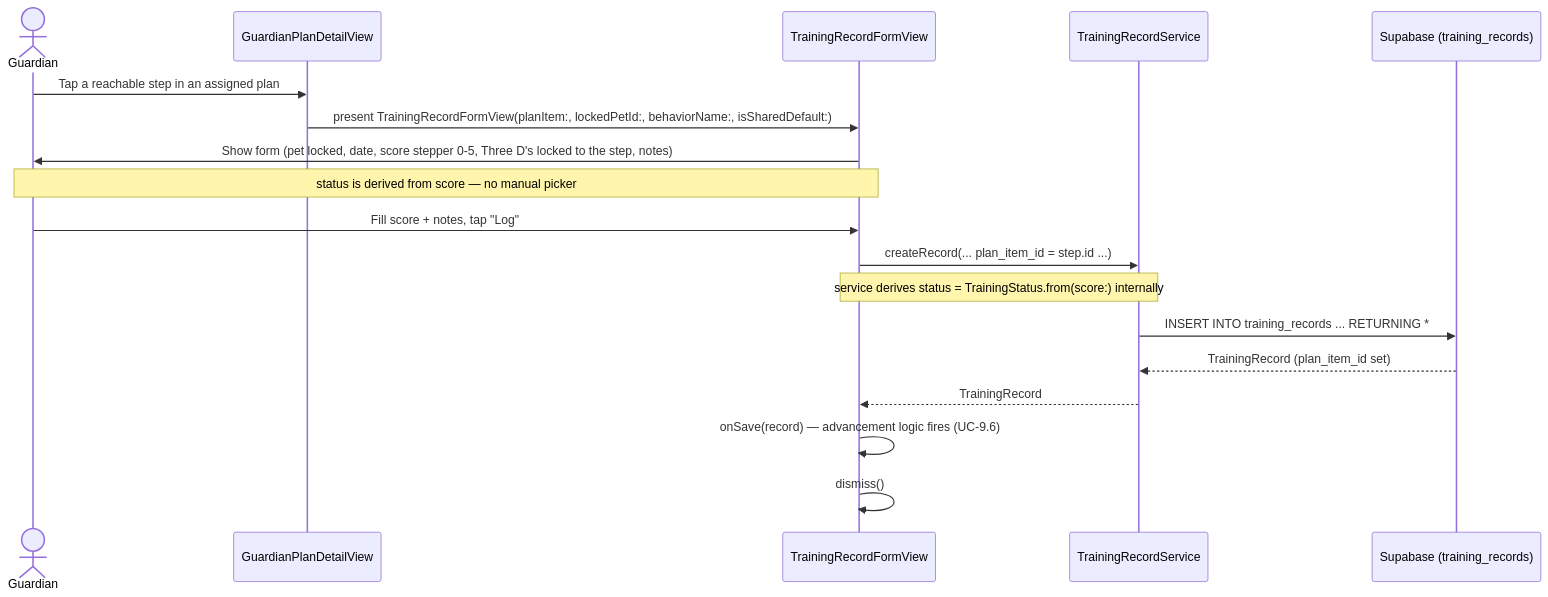
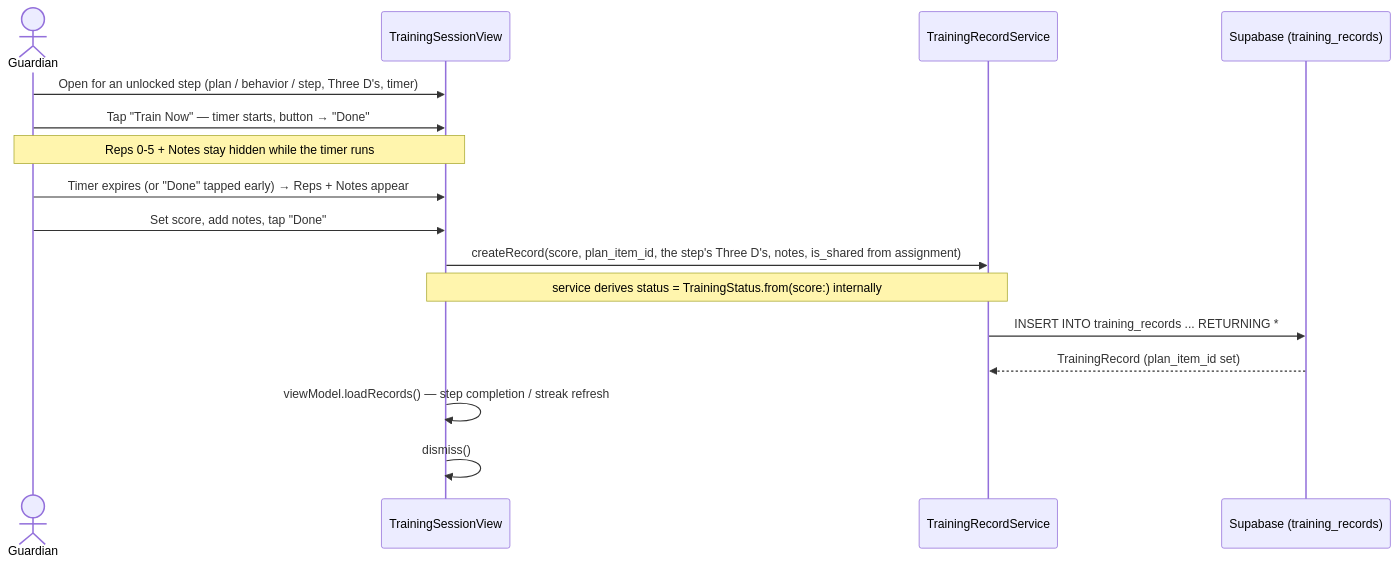
One commit to markculley/HoundHabit changed the first of 5 diagrams in docs/use_cases/log_training.md. Above: the diagram before and after it, drawn with Mermaid. The commit also changed other lines of this file and 10 other files, not shown here.

````diff
--- a/docs/use_cases/log_training.md
+++ b/docs/use_cases/log_training.md
@@ -7,22 +7,19 @@
 ```mermaid
 sequenceDiagram
     actor G as Guardian
-    participant PD as GuardianPlanDetailView
-    participant UI as TrainingRecordFormView
+    participant TSV as TrainingSessionView
     participant SVC as TrainingRecordService
     participant DB as Supabase (training_records)
 
-    G->>PD: Tap a reachable step in an assigned plan
-    PD->>UI: present TrainingRecordFormView(planItem:, lockedPetId:, behaviorName:, isSharedDefault:)
-    UI->>G: Show form (pet locked, date, score stepper 0-5, Three D's locked to the step, notes)
-    note over UI,G: status is derived from score — no manual picker
-
-    G->>UI: Fill score + notes, tap "Log"
-    UI->>SVC: createRecord(... plan_item_id = step.id ...)
-    note over UI,SVC: service derives status = TrainingStatus.from(score:) internally
+    G->>TSV: Open for an unlocked step (plan / behavior / step, Three D's, timer)
+    G->>TSV: Tap "Train Now" — timer starts, button → "Done"
+    note over G,TSV: Reps 0-5 + Notes stay hidden while the timer runs
+    G->>TSV: Timer expires (or "Done" tapped early) → Reps + Notes appear
+    G->>TSV: Set score, add notes, tap "Done"
+    TSV->>SVC: createRecord(score, plan_item_id, the step's Three D's, notes, is_shared from assignment)
+    note over TSV,SVC: service derives status = TrainingStatus.from(score:) internally
     SVC->>DB: INSERT INTO training_records ... RETURNING *
     DB-->>SVC: TrainingRecord (plan_item_id set)
-    SVC-->>UI: TrainingRecord
-    UI->>UI: onSave(record) — advancement logic fires (UC-9.6)
-    UI->>UI: dismiss()
+    TSV->>TSV: viewModel.loadRecords() — step completion / streak refresh
+    TSV->>TSV: dismiss()
 ```
````
